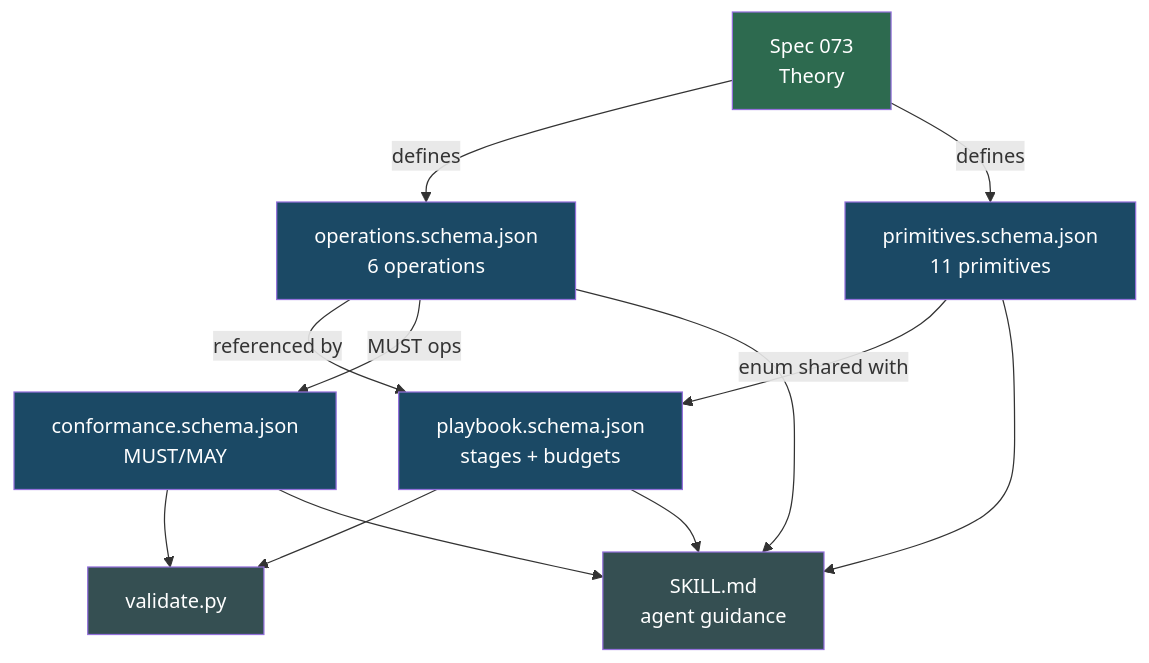
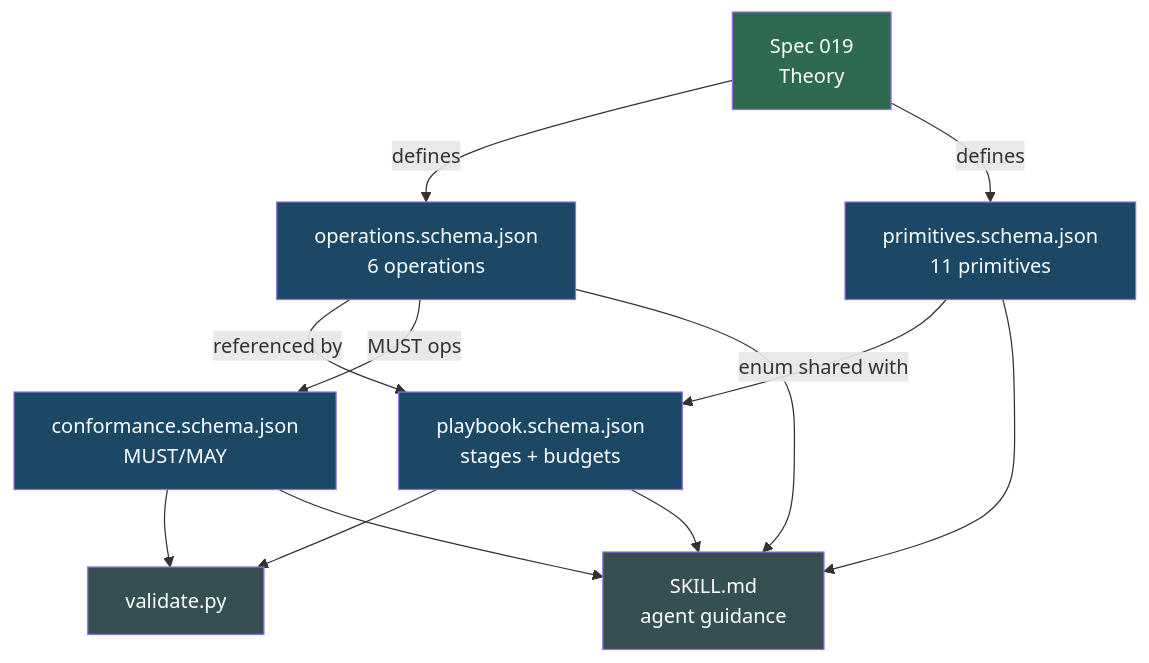
The diagram in specs/020-coordination-model-design/README.md (codervisor/synodic), drawn with Mermaid before and after one commit. The commit also changed other lines of this file and 31 other files, not shown here.

````diff
--- a/specs/020-coordination-model-design/README.md
+++ b/specs/020-coordination-model-design/README.md
@@ -40,22 +40,22 @@
 ```mermaid
 flowchart TD
-    THEORY["Spec 073<br>Theory"] -->|"defines"| OPS["operations.schema.json<br>6 operations"]
+    THEORY["Spec 019<br>Theory"] -->|"defines"| OPS["operations.schema.json<br>6 operations"]
     THEORY -->|"defines"| PRIMS["primitives.schema.json<br>11 primitives"]
     OPS -->|"referenced by"| PB["playbook.schema.json<br>stages + budgets"]
     PRIMS -->|"enum shared with"| PB
     OPS -->|"MUST ops"| CONF["conformance.schema.json<br>MUST/MAY"]
     PB --> VAL["validate.py"]
     CONF --> VAL
     OPS --> SKILL["SKILL.md<br>agent guidance"]
     PRIMS --> SKILL
     PB --> SKILL
     CONF --> SKILL
 
     style THEORY fill:#2d6a4f,color:#fff
     style OPS fill:#1b4965,color:#fff
     style PRIMS fill:#1b4965,color:#fff
     style PB fill:#1b4965,color:#fff
     style CONF fill:#1b4965,color:#fff
     style VAL fill:#354f52,color:#fff
     style SKILL fill:#354f52,color:#fff
 ```
````
